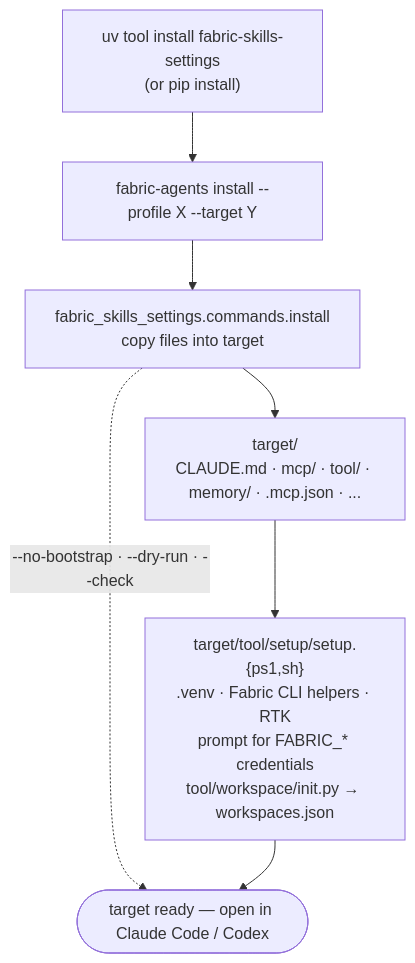
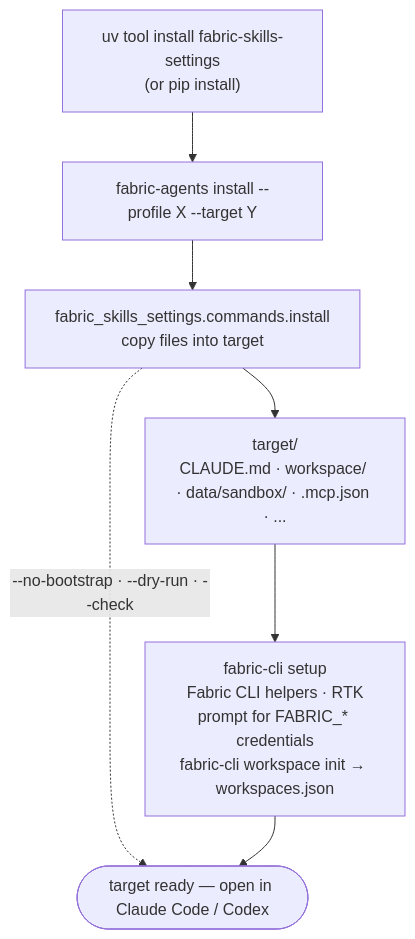
One commit to scardoso-lu/fabric-skills-settings changed the second of 2 diagrams in docs/architecture.md. Above: the diagram before and after it, drawn with Mermaid. The commit also changed other lines of this file and 38 other files, not shown here.

Commit message:
cli and remote mcp server and dockre image

````diff
--- a/docs/architecture.md
+++ b/docs/architecture.md
@@ -121,18 +121,18 @@
 ```mermaid
 flowchart TD
     PIP["uv tool install fabric-skills-settings<br/>(or pip install)"]
     PIP --> CLI
     CLI["fabric-agents install --profile X --target Y"]
     CLI --> INST
 
     INST["fabric_skills_settings.commands.install<br/>copy files into target"]
     INST --> TGT
-    TGT["target/<br/>CLAUDE.md · mcp/ · tool/ · memory/ · .mcp.json · ..."]
+    TGT["target/<br/>CLAUDE.md · workspace/ · data/sandbox/ · .mcp.json · ..."]
     TGT --> BOOT
 
-    BOOT["target/tool/setup/setup.{ps1,sh}<br/>.venv · Fabric CLI helpers · RTK<br/>prompt for FABRIC_* credentials<br/>tool/workspace/init.py → workspaces.json"]
+    BOOT["fabric-cli setup<br/>Fabric CLI helpers · RTK<br/>prompt for FABRIC_* credentials<br/>fabric-cli workspace init → workspaces.json"]
     INST -.->|"--no-bootstrap · --dry-run · --check"| DONE
     BOOT --> DONE
 
     DONE([target ready — open in Claude Code / Codex])
 ```
````
